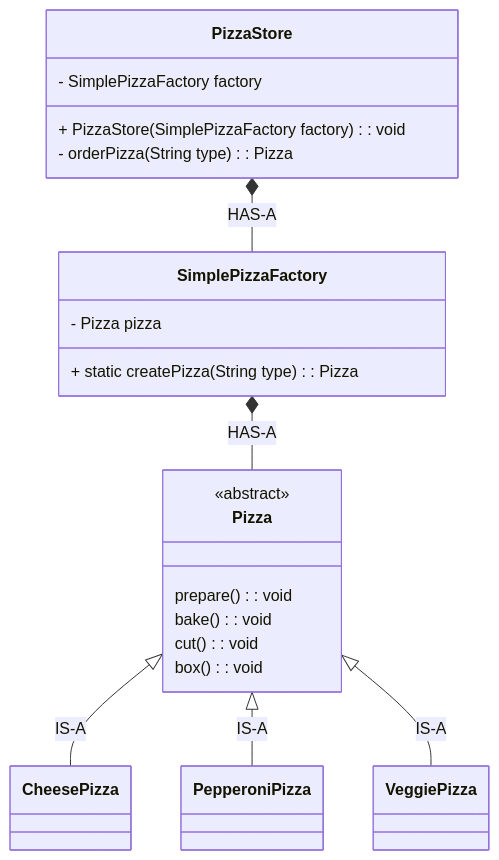
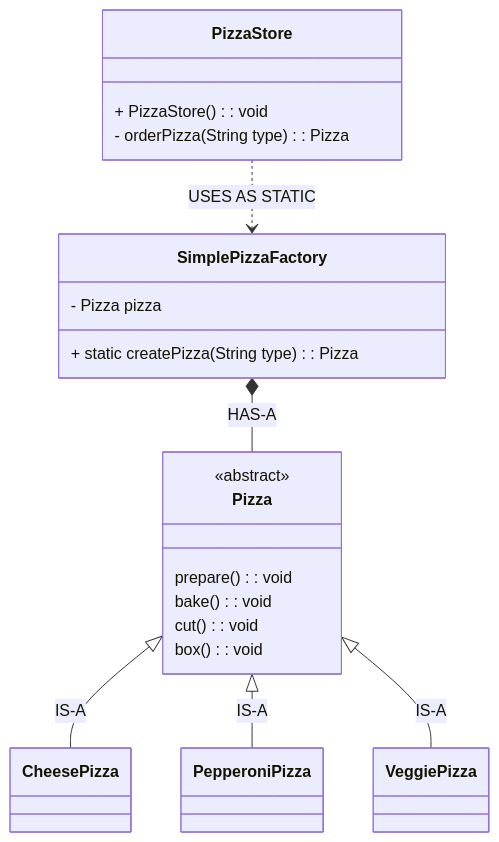
Before and after one commit to atagunay/msc-software-engineering: the diagram in Advance Concepts in OOP/Factory Design Pattern/3_Static_Factory.md, drawn with Mermaid. The commit also changed other lines of this file and 2 other files, not shown here.

Commit message:
Fix typo in static factory

````diff
--- a/Advance Concepts in OOP/Factory Design Pattern/3_Static_Factory.md
+++ b/Advance Concepts in OOP/Factory Design Pattern/3_Static_Factory.md
@@ -22,31 +22,30 @@
 ```mermaid
     classDiagram
-        PizzaStore *-- SimplePizzaFactory : HAS-A
+        PizzaStore ..> SimplePizzaFactory : USES AS STATIC
         SimplePizzaFactory *-- Pizza : HAS-A
         Pizza <|-- CheesePizza : IS-A
         Pizza <|-- PepperoniPizza : IS-A
         Pizza <|-- VeggiePizza : IS-A
 
         class PizzaStore{
-            - SimplePizzaFactory factory
-            + PizzaStore(SimplePizzaFactory factory) : void
+            + PizzaStore() : void
             - orderPizza(String type) : Pizza
         }
 
         class SimplePizzaFactory {
             - Pizza pizza
             + static createPizza(String type) : Pizza
         }
 
         class Pizza{
             <<abstract>>
             prepare() : void
             bake() : void
             cut() : void
             box() : void
         }
 
         class CheesePizza
         class PepperoniPizza
         class VeggiePizza
 ```
````
